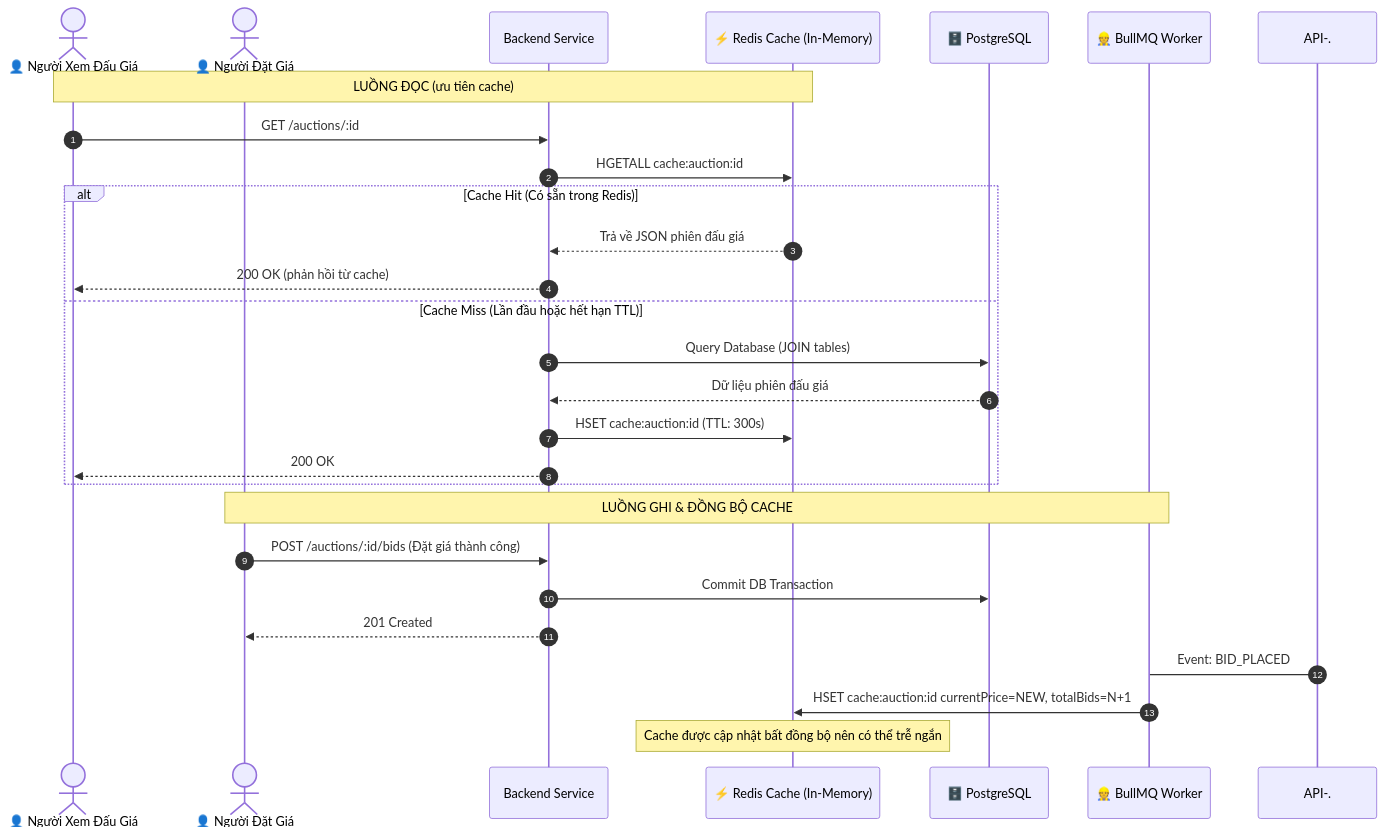
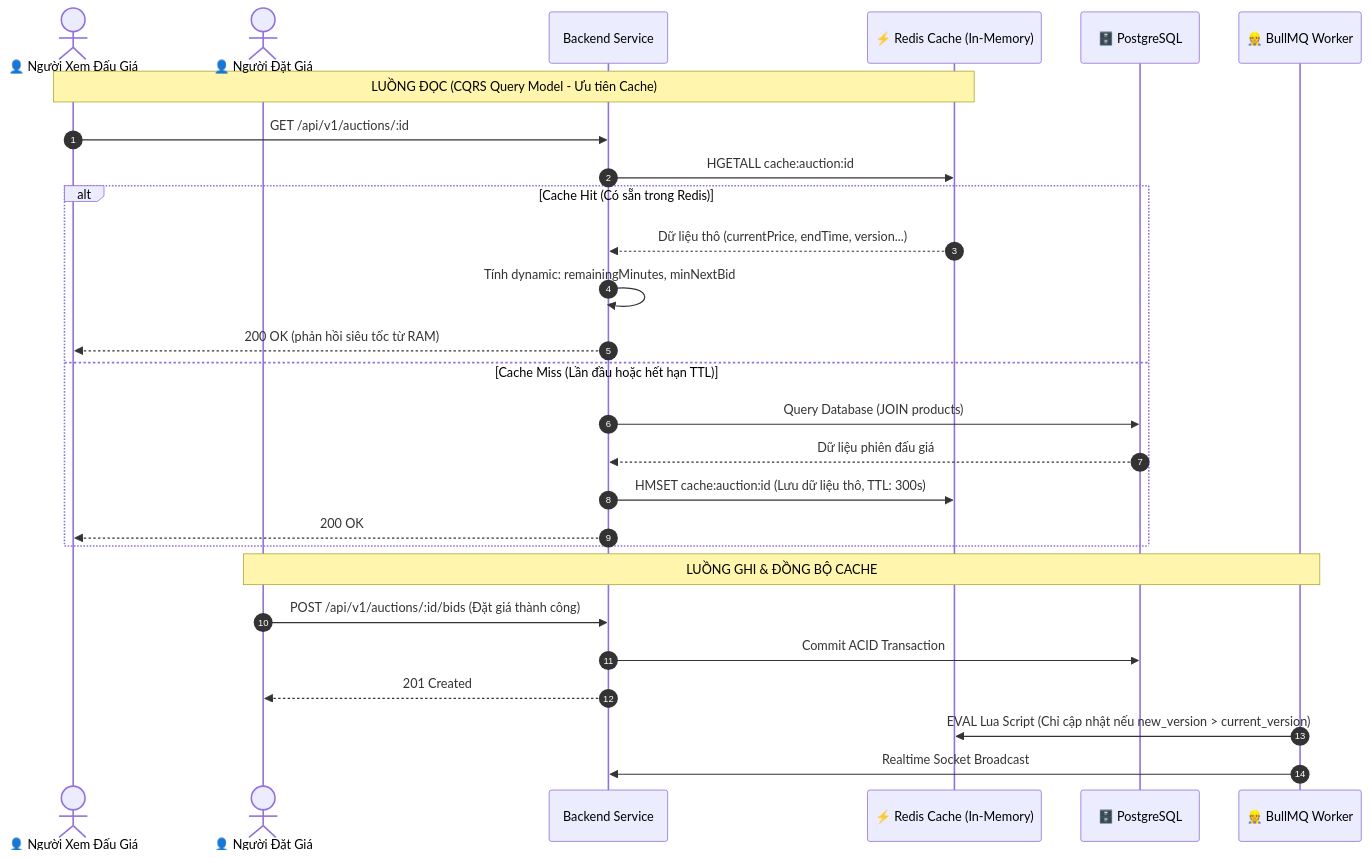
The fourth of 5 diagrams in docs/archtecture_specific.md (introvertkid/bidding-system), drawn with Mermaid before and after one commit. The commit also changed other lines of this file and 26 other files, not shown here.

Commit message:
feat(saga): implement post-auction settlement (GP5), mock deposits, and update architecture spec

````diff
--- a/docs/archtecture_specific.md
+++ b/docs/archtecture_specific.md
@@ -230,31 +277,31 @@
 ```mermaid
 sequenceDiagram
     autonumber
     actor Reader as 👤 Người Xem Đấu Giá
     actor Bidder as 👤 Người Đặt Giá
     participant API as Backend Service
     participant Redis as ⚡ Redis Cache (In-Memory)
     participant DB as 🗄️ PostgreSQL
     participant Worker as 👷 BullMQ Worker
 
-    Note over Reader,Redis: LUỒNG ĐỌC (ưu tiên cache)
-    Reader->>API: GET /auctions/:id
+    Note over Reader,Redis: LUỒNG ĐỌC (CQRS Query Model - Ưu tiên Cache)
+    Reader->>API: GET /api/v1/auctions/:id
     API->>Redis: HGETALL cache:auction:id
     alt Cache Hit (Có sẵn trong Redis)
-        Redis-->>API: Trả về JSON phiên đấu giá
-        API-->>Reader: 200 OK (phản hồi từ cache)
+        Redis-->>API: Dữ liệu thô (currentPrice, endTime, version...)
+        API->>API: Tính dynamic: remainingMinutes, minNextBid
+        API-->>Reader: 200 OK (phản hồi siêu tốc từ RAM)
     else Cache Miss (Lần đầu hoặc hết hạn TTL)
-        API->>DB: Query Database (JOIN tables)
+        API->>DB: Query Database (JOIN products)
         DB-->>API: Dữ liệu phiên đấu giá
-        API->>Redis: HSET cache:auction:id (TTL: 300s)
+        API->>Redis: HMSET cache:auction:id (Lưu dữ liệu thô, TTL: 300s)
         API-->>Reader: 200 OK
     end
 
     Note over Bidder,Worker: LUỒNG GHI & ĐỒNG BỘ CACHE
-    Bidder->>API: POST /auctions/:id/bids (Đặt giá thành công)
-    API->>DB: Commit DB Transaction
+    Bidder->>API: POST /api/v1/auctions/:id/bids (Đặt giá thành công)
+    API->>DB: Commit ACID Transaction
     API-->>Bidder: 201 Created
-    API-.->Worker: Event: BID_PLACED
-    Worker->>Redis: HSET cache:auction:id currentPrice=NEW, totalBids=N+1
-    Note over Redis: Cache được cập nhật bất đồng bộ nên có thể trễ ngắn
+    Worker->>Redis: EVAL Lua Script (Chỉ cập nhật nếu new_version > current_version)
+    Worker->>API: Realtime Socket Broadcast
 ```
````
